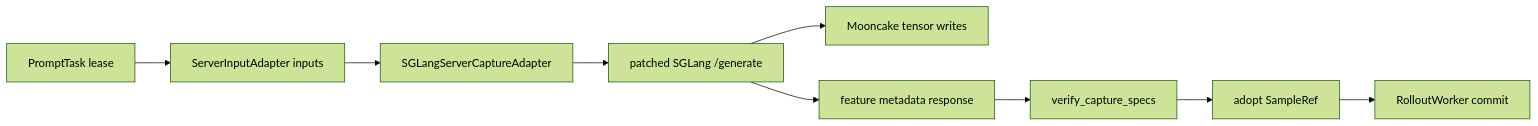
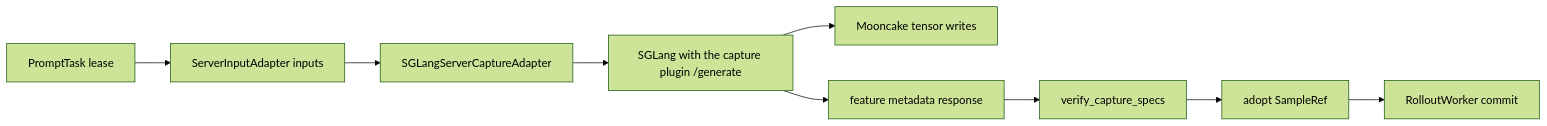
The diagram in specforge/inference/DESIGN.md (sgl-project/SpecForge), drawn with Mermaid (forest theme) before and after one commit. The commit also changed other lines of this file and 41 other files, not shown here.

Commit message:
refactor(capture): remove legacy SGLang patch backends

````diff
--- a/specforge/inference/DESIGN.md
+++ b/specforge/inference/DESIGN.md
@@ -20,11 +20,11 @@
 ```mermaid
 flowchart LR
   P["PromptTask lease"] --> I["ServerInputAdapter inputs"]
   I --> A["SGLangServerCaptureAdapter"]
-  A --> S["patched SGLang /generate"]
+  A --> S["SGLang with the capture plugin /generate"]
   S --> M["Mooncake tensor writes"]
   S --> V["feature metadata response"]
   V --> C["verify_capture_specs"]
   C --> R["adopt SampleRef"]
   R --> W["RolloutWorker commit"]
 ```
````
